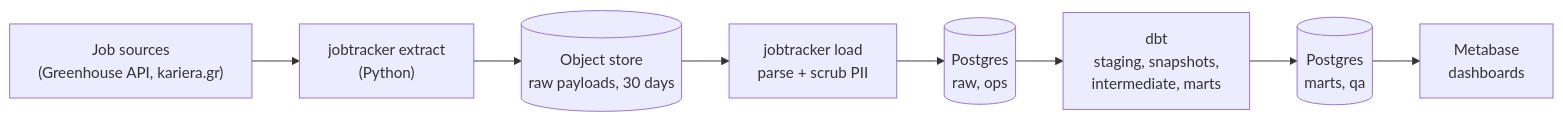
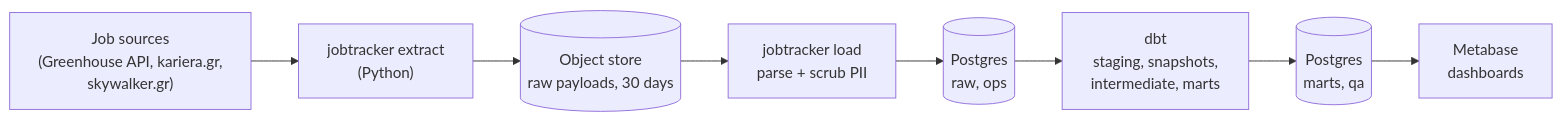
The diagram in README.md (Turtel216/greek-job-market-tracker), drawn with Mermaid before and after one commit. The commit also changed other lines of this file and 1 other file, not shown here.

Commit message:
Document the skywalker source

````diff
--- a/README.md
+++ b/README.md
@@ -42,13 +42,13 @@
 ```mermaid
 flowchart LR
-    sources["Job sources<br/>(Greenhouse API, kariera.gr)"]
+    sources["Job sources<br/>(Greenhouse API, kariera.gr,<br/>skywalker.gr)"]
     extract["jobtracker extract<br/>(Python)"]
     store[("Object store<br/>raw payloads, 30 days")]
     load["jobtracker load<br/>parse + scrub PII"]
     raw[("Postgres<br/>raw, ops")]
     dbt["dbt<br/>staging, snapshots,<br/>intermediate, marts"]
     marts[("Postgres<br/>marts, qa")]
     mb["Metabase<br/>dashboards"]
 
     sources --> extract --> store --> load --> raw --> dbt --> marts --> mb
 ```
````
